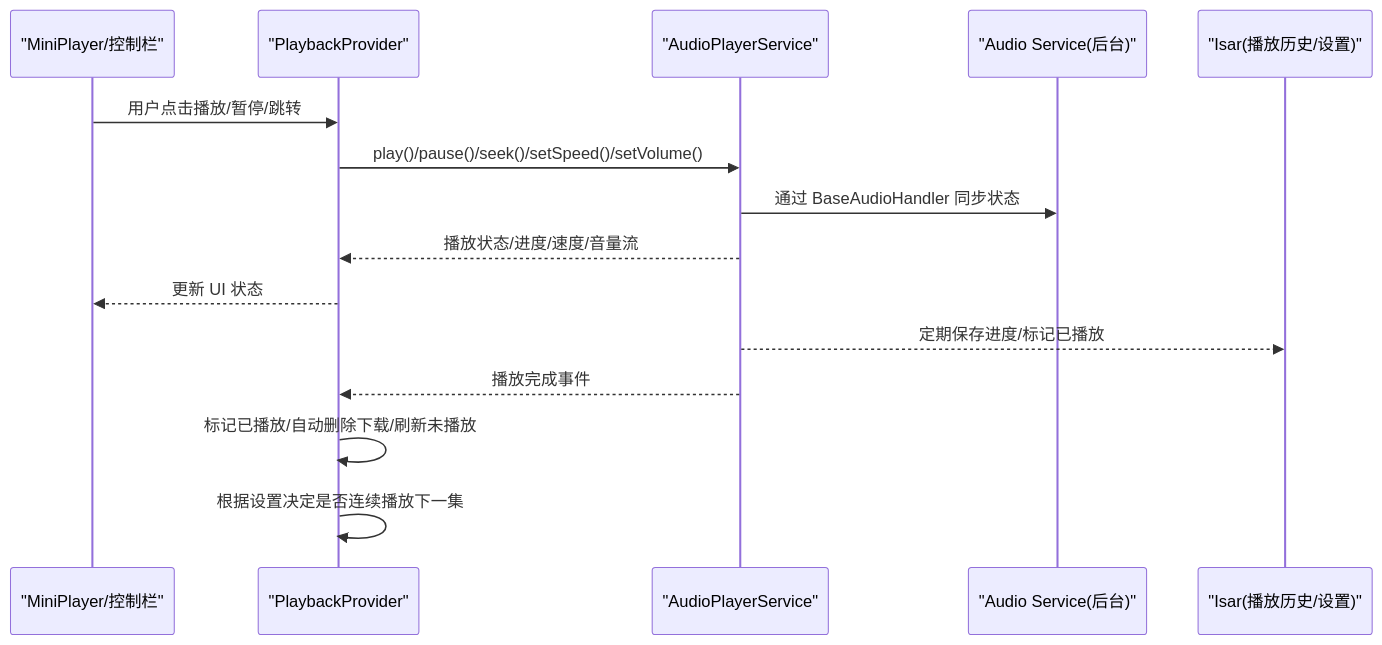
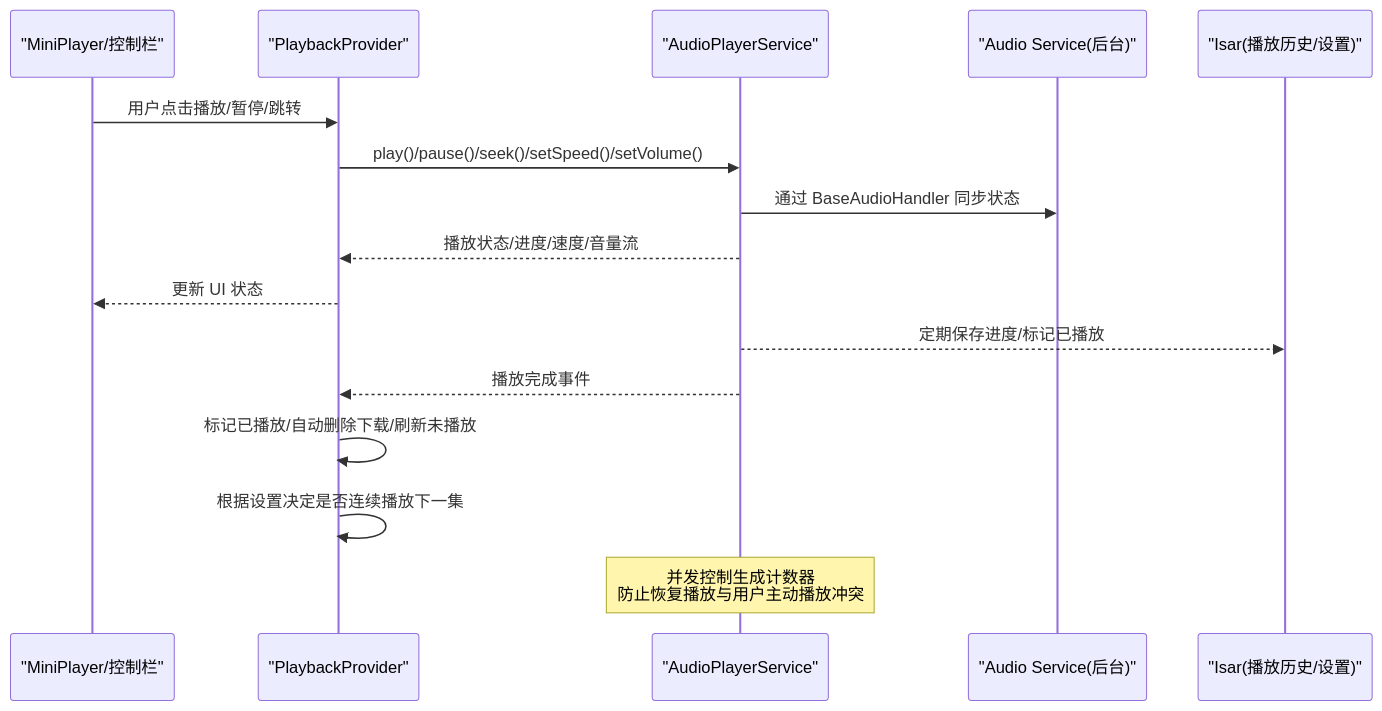
One commit to ZTfer/Tinycast changed the second of 6 diagrams in .qoder/repowiki/zh/content/核心功能模块/音频播放系统/音频播放系统.md. Above: the diagram before and after it, drawn with Mermaid. The commit also changed other lines of this file and 210 other files, not shown here.

````diff
--- a/.qoder/repowiki/zh/content/核心功能模块/音频播放系统/音频播放系统.md
+++ b/.qoder/repowiki/zh/content/核心功能模块/音频播放系统/音频播放系统.md
@@ -139,17 +150,18 @@
 ```mermaid
 sequenceDiagram
 participant UI as "MiniPlayer/控制栏"
 participant PP as "PlaybackProvider"
 participant APS as "AudioPlayerService"
 participant AS as "Audio Service(后台)"
 participant DB as "Isar(播放历史/设置)"
 UI->>PP : 用户点击播放/暂停/跳转
 PP->>APS : play()/pause()/seek()/setSpeed()/setVolume()
 APS->>AS : 通过 BaseAudioHandler 同步状态
 APS-->>PP : 播放状态/进度/速度/音量流
 PP-->>UI : 更新 UI 状态
 APS-->>DB : 定期保存进度/标记已播放
 APS-->>PP : 播放完成事件
 PP->>PP : 标记已播放/自动删除下载/刷新未播放
 PP->>PP : 根据设置决定是否连续播放下一集
+Note over APS : 并发控制生成计数器<br/>防止恢复播放与用户主动播放冲突
 ```
````
